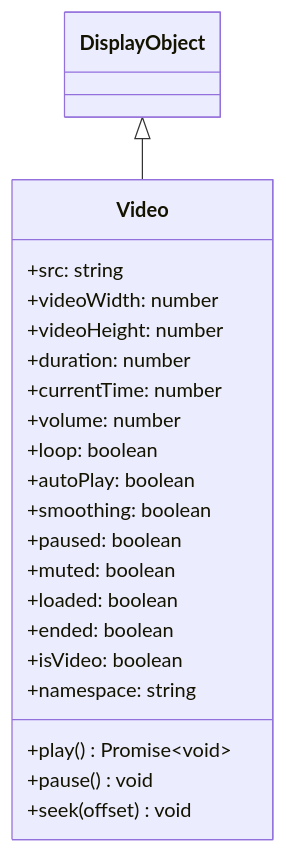
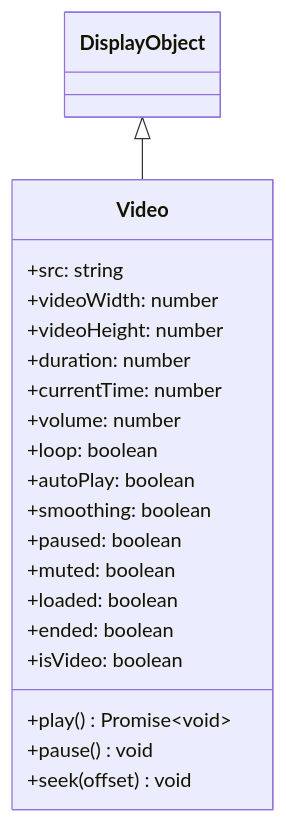
One commit to Next2D/player changed the diagram in specs/en/video.md. Above: the diagram before and after it, drawn with Mermaid. The commit also changed other lines of this file and 5 other files, not shown here.

````diff
--- a/specs/en/video.md
+++ b/specs/en/video.md
@@ -7,25 +7,24 @@
 ```mermaid
 classDiagram
     DisplayObject <|-- Video
 
     class Video {
         +src: string
         +videoWidth: number
         +videoHeight: number
         +duration: number
         +currentTime: number
         +volume: number
         +loop: boolean
         +autoPlay: boolean
         +smoothing: boolean
         +paused: boolean
         +muted: boolean
         +loaded: boolean
         +ended: boolean
         +isVideo: boolean
-        +namespace: string
         +play() Promise~void~
         +pause() void
         +seek(offset) void
     }
 ```
````
